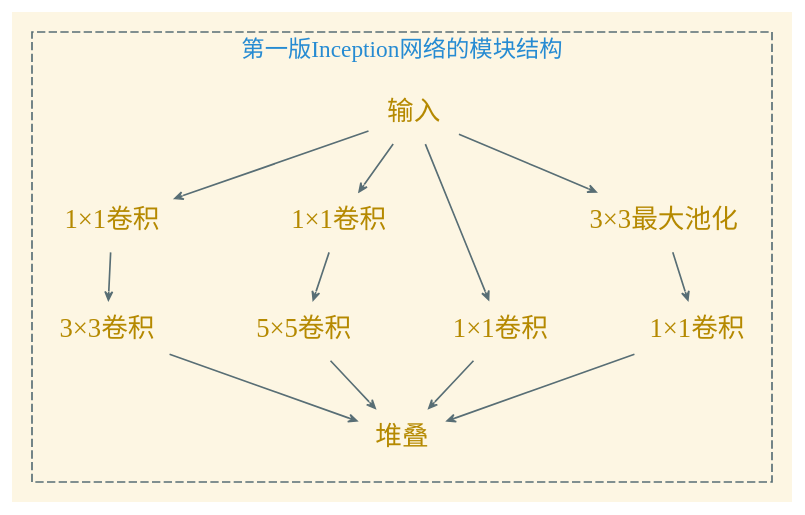
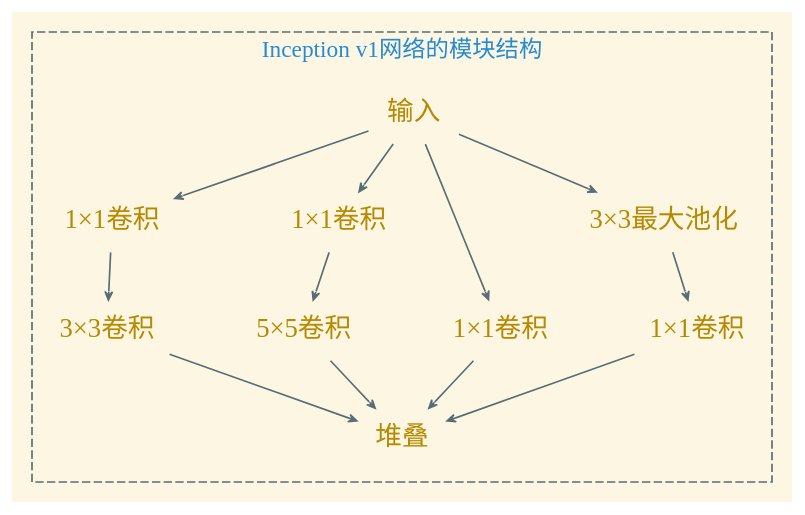
The fourth of 4 diagrams in slides/04.md (Avanti1980/course-gnn), drawn with Graphviz before and after one commit. The commit also changed other lines of this file and 1 other file, not shown here.

````diff
--- a/slides/04.md
+++ b/slides/04.md
@@ -835,36 +835,36 @@
 ```dot
 digraph g {
     graph [nodesep=0.6, ranksep=0.4]
     rankdir=TB
     node [shape=plaintext color="#586e75" fontname="EBGaramond12-Regular,fz-lz" fontcolor="#b58900" fontsize=16]
     edge [arrowhead=vee color="#586e75" fontname="EBGaramond12-Regular,fz-lz" fontcolor="#268bd2" fontsize=12 arrowsize=0.5]
     bgcolor="#fdf6e3"
 
     subgraph cluster_1 {
         color="#586e75"
         fontcolor="#268bd2"
         fontname="EBGaramond12-Regular,fz-lz" 
         style="dashed"
-        label="第一版Inception网络的模块结构"
+        label="Inception v1网络的模块结构"
 
         输入
 
         11 [label="1×1卷积"]
         12 [label="1×1卷积"]
         13 [label="1×1卷积"]
         14 [label="3×3最大池化"]
 
         输入 -> {11, 12, 13, 14}
 
         21 [label="3×3卷积"]
         22 [label="5×5卷积"]
         23 [label="1×1卷积"]
 
         11 -> 21
         12 -> 22
         14 -> 23
 
         {21,22,23,13} -> 堆叠
     }
 }
 ```
````
